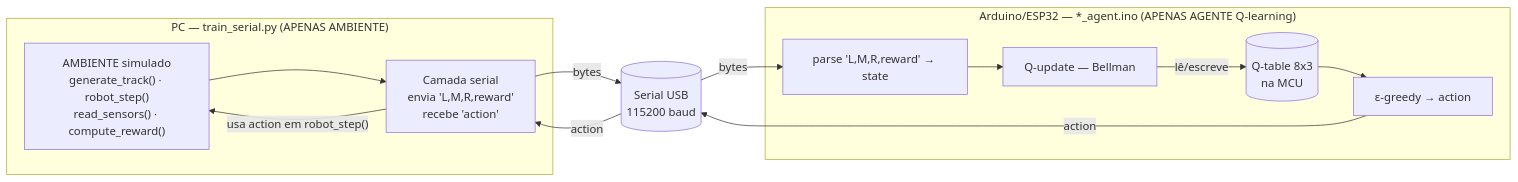
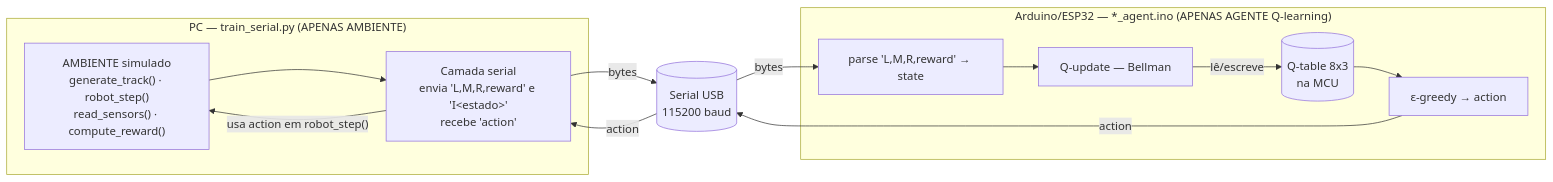
The seventh of 8 diagrams in README.md (PedroZia/enviorment-simulator-python-arduino), drawn with Mermaid before and after one commit. The commit also changed other lines of this file and 25 other files, not shown here.

````diff
--- a/README.md
+++ b/README.md
@@ -213,24 +213,24 @@
 ```mermaid
 flowchart LR
   subgraph PY["PC — train_serial.py (APENAS AMBIENTE)"]
     TR["AMBIENTE simulado<br/>generate_track() · robot_step()<br/>read_sensors() · compute_reward()"]
-    PROT["Camada serial<br/>envia 'L,M,R,reward'<br/>recebe 'action'"]
+    PROT["Camada serial<br/>envia 'L,M,R,reward' e 'I&lt;estado&gt;'<br/>recebe 'action'"]
   end
   SER[("Serial USB<br/>115200 baud")]
   subgraph ARD["Arduino/ESP32 — *_agent.ino (APENAS AGENTE Q-learning)"]
     PARS["parse 'L,M,R,reward' → state"]
     QUP["Q-update — Bellman"]
     QSEL["ε-greedy → action"]
     QTBL[("Q-table 8x3<br/>na MCU")]
   end
 
   TR --> PROT
   PROT -->|bytes| SER
   SER -->|bytes| PARS
   PARS --> QUP
   QUP -->|lê/escreve| QTBL
   QTBL --> QSEL
   QSEL -->|action| SER
   SER -->|action| PROT
   PROT -->|"usa action em robot_step()"| TR
 ```
````
